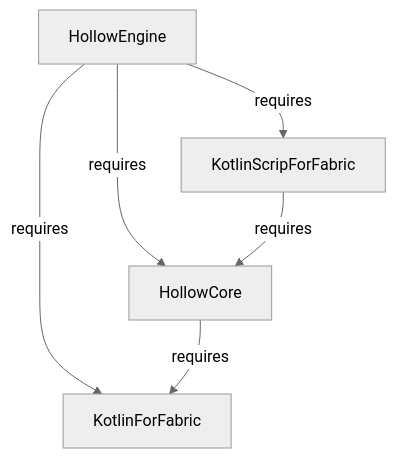
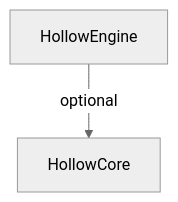
The diagram in hollowengine/0-begin/0-mod-requests.mdx (0mods/docs-only), drawn with Mermaid (neutral theme) before and after one commit.

````diff
--- a/hollowengine/0-begin/0-mod-requests.mdx
+++ b/hollowengine/0-begin/0-mod-requests.mdx
@@ -28,13 +28,7 @@
 ```mermaid
 graph TD;
 
-  HE[HollowEngine]; HC[HollowCore]; KFF[KotlinForFabric]; KSFF[KotlinScripForFabric];
+  HE[HollowEngine]; HC[HollowCore];
   
-  HE-->|requires|HC
-  HE-->|requires|KFF
-  HE-->|requires|KSFF
-  
-  KSFF-->|requires|HC
-  
-  HC-->|requires|KFF
+  HE-->|optional|HC
 ```
````
